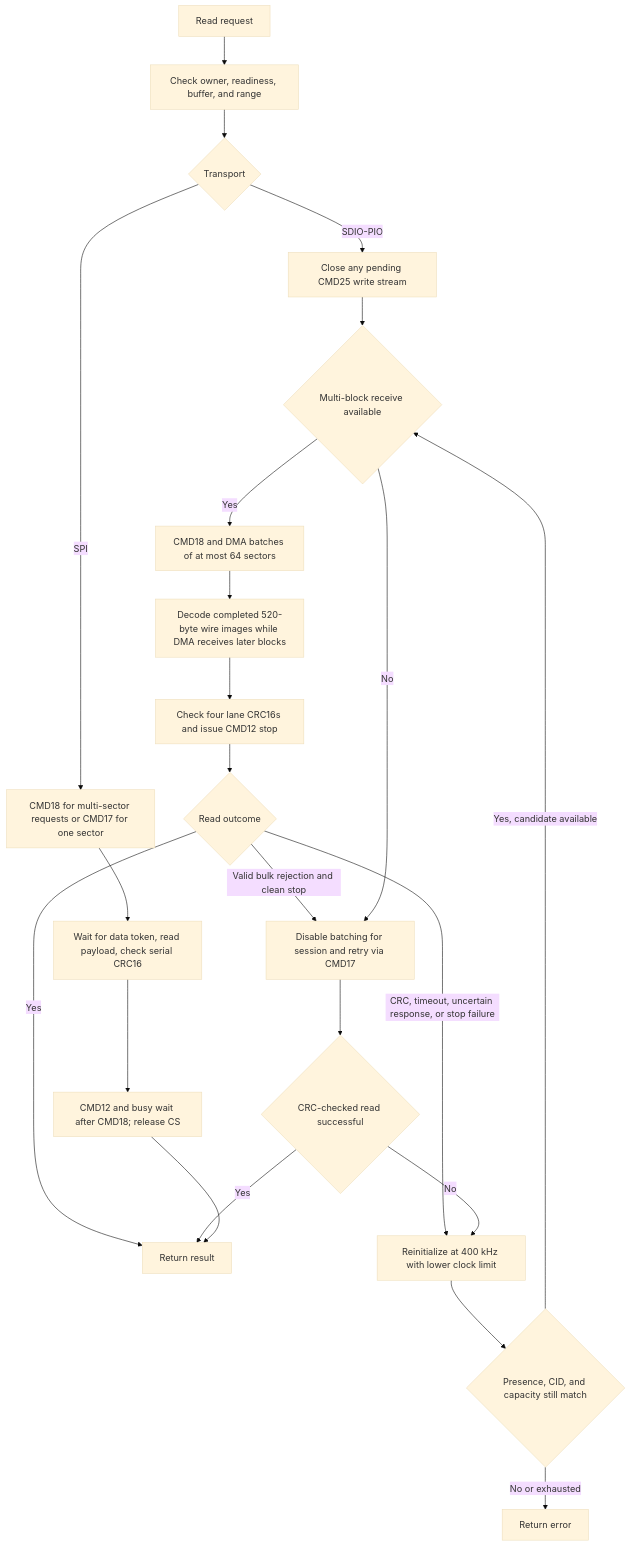
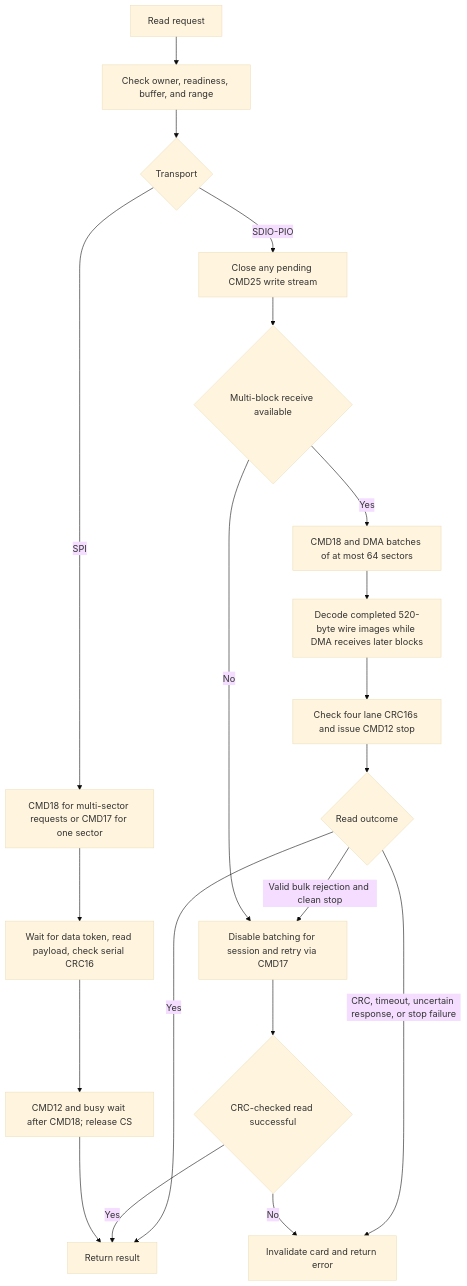
One commit to djwinter29-oss/PicoForge changed the third of 5 diagrams in docs/sdcard-design.md. Above: the diagram before and after it, drawn with Mermaid (base theme). The commit also changed other lines of this file and 14 other files, not shown here.

````diff
--- a/docs/sdcard-design.md
+++ b/docs/sdcard-design.md
@@ -286,25 +277,22 @@
 ```mermaid
 flowchart TD
     Request[Read request] --> Check[Check owner, readiness, buffer, and range]
     Check --> Mode{Transport}
     Mode -->|SDIO-PIO| Close[Close any pending CMD25 write stream]
     Close --> Batch{Multi-block receive available}
     Batch -->|Yes| CMD18[CMD18 and DMA batches of at most 64 sectors]
     CMD18 --> Decode[Decode completed 520-byte wire images while DMA receives later blocks]
     Decode --> CRC[Check four lane CRC16s and issue CMD12 stop]
     CRC --> NativeOK{Read outcome}
     NativeOK -->|Yes| Done[Return result]
     NativeOK -->|Valid bulk rejection and clean stop| Single[Disable batching for session and retry via CMD17]
-    NativeOK -->|CRC, timeout, uncertain response, or stop failure| Recover[Reinitialize at 400 kHz with lower clock limit]
+    NativeOK -->|CRC, timeout, uncertain response, or stop failure| Error[Invalidate card and return error]
     Batch -->|No| Single
     Single --> Retry{CRC-checked read successful}
     Retry -->|Yes| Done
-    Retry -->|No| Recover
-    Recover --> Identity{Presence, CID, and capacity still match}
-    Identity -->|Yes, candidate available| Batch
-    Identity -->|No or exhausted| Error[Return error]
+    Retry -->|No| Error
     Mode -->|SPI| SPIRead[CMD18 for multi-sector requests or CMD17 for one sector]
     SPIRead --> SPICRC[Wait for data token, read payload, check serial CRC16]
     SPICRC --> SPIStop[CMD12 and busy wait after CMD18; release CS]
     SPIStop --> Done
 ```
````
